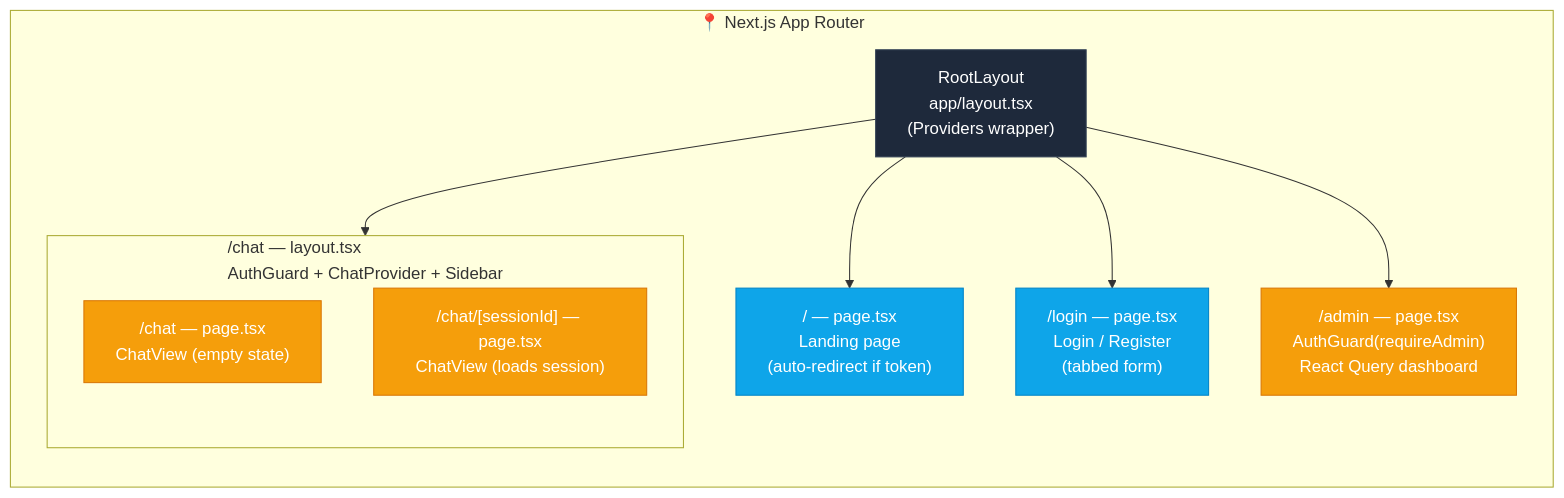
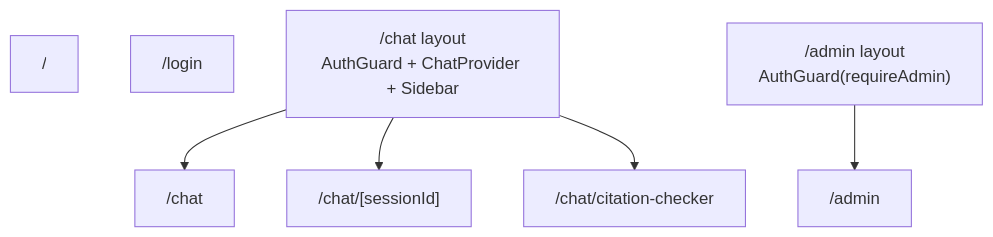
The third of 3 diagrams in frontend.md (Nhan-Laptop/NT208.Q21.ANTN), drawn with Mermaid before and after one commit. The commit also changed other lines of this file and 5 other files, not shown here.

````diff
--- a/frontend.md
+++ b/frontend.md
@@ -284,33 +166,16 @@
 ```mermaid
 graph TB
-    subgraph APP_ROUTER["📍 Next.js App Router"]
-        direction TB
-        RootLayout["RootLayout<br/>app/layout.tsx<br/>(Providers wrapper)"]
+    Root["/"]
+    Login["/login"]
+    ChatLayout["/chat layout<br/>AuthGuard + ChatProvider + Sidebar"]
+    ChatIndex["/chat"]
+    ChatSession["/chat/[sessionId]"]
+    CitationShortcut["/chat/citation-checker"]
+    AdminLayout["/admin layout<br/>AuthGuard(requireAdmin)"]
+    AdminPage["/admin"]
 
-        Landing["/ — page.tsx<br/>Landing page<br/>(auto-redirect if token)"]
-
-        LoginPage["/login — page.tsx<br/>Login / Register<br/>(tabbed form)"]
-
-        subgraph CHAT_LAYOUT["/chat — layout.tsx<br/>AuthGuard + ChatProvider + Sidebar"]
-            direction TB
-            ChatIndex["/chat — page.tsx<br/>ChatView (empty state)"]
-            ChatSession["/chat/[sessionId] — page.tsx<br/>ChatView (loads session)"]
-        end
-
-        AdminPage["/admin — page.tsx<br/>AuthGuard(requireAdmin)<br/>React Query dashboard"]
-
-        RootLayout --> Landing
-        RootLayout --> LoginPage
-        RootLayout --> CHAT_LAYOUT
-        RootLayout --> AdminPage
-    end
-
-    %% Styles
-    classDef layout fill:#1e293b,color:#fff,stroke:#334155
-    classDef page fill:#0ea5e9,color:#fff,stroke:#0284c7
-    classDef protected fill:#f59e0b,color:#fff,stroke:#d97706
-
-    class RootLayout layout
-    class Landing,LoginPage page
-    class ChatIndex,ChatSession,AdminPage protected
+    ChatLayout --> ChatIndex
+    ChatLayout --> ChatSession
+    ChatLayout --> CitationShortcut
+    AdminLayout --> AdminPage
 ```
````
